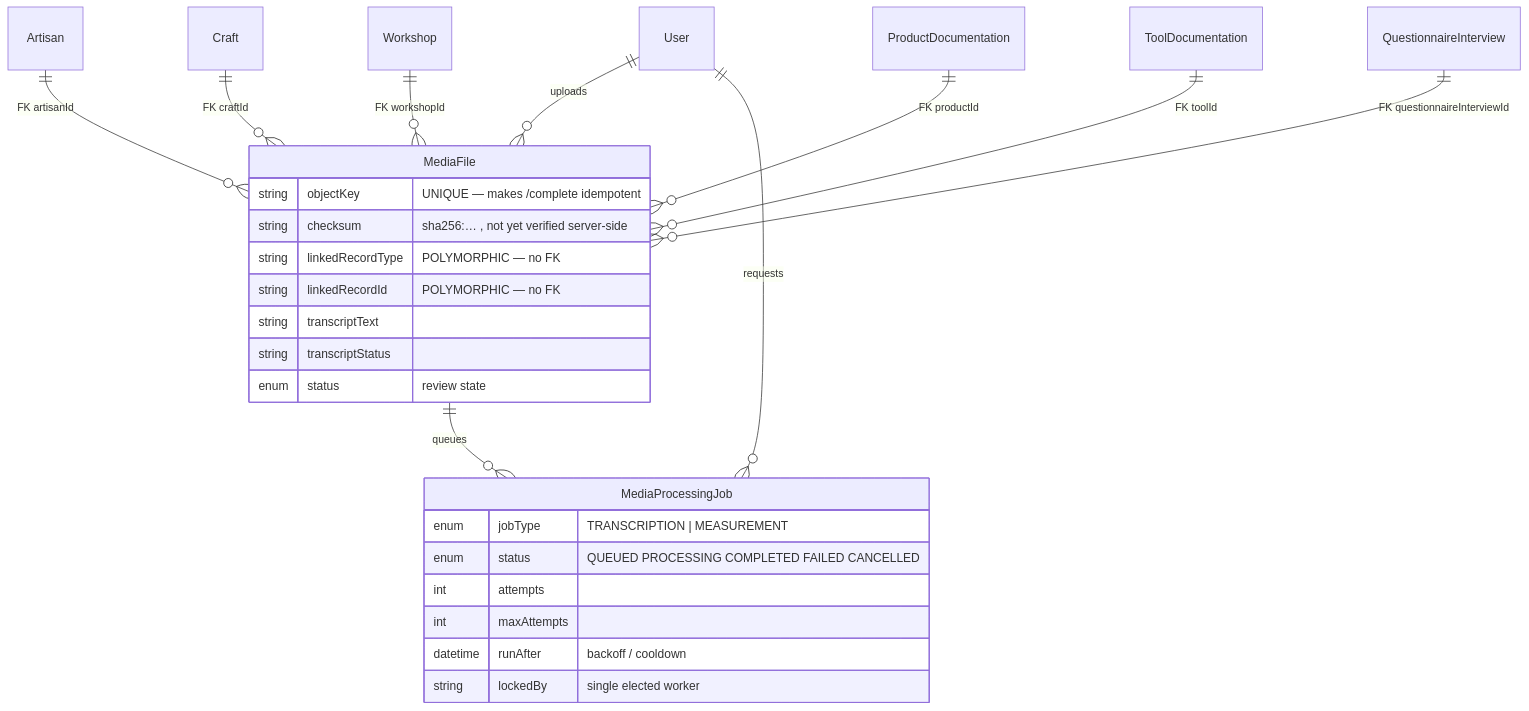
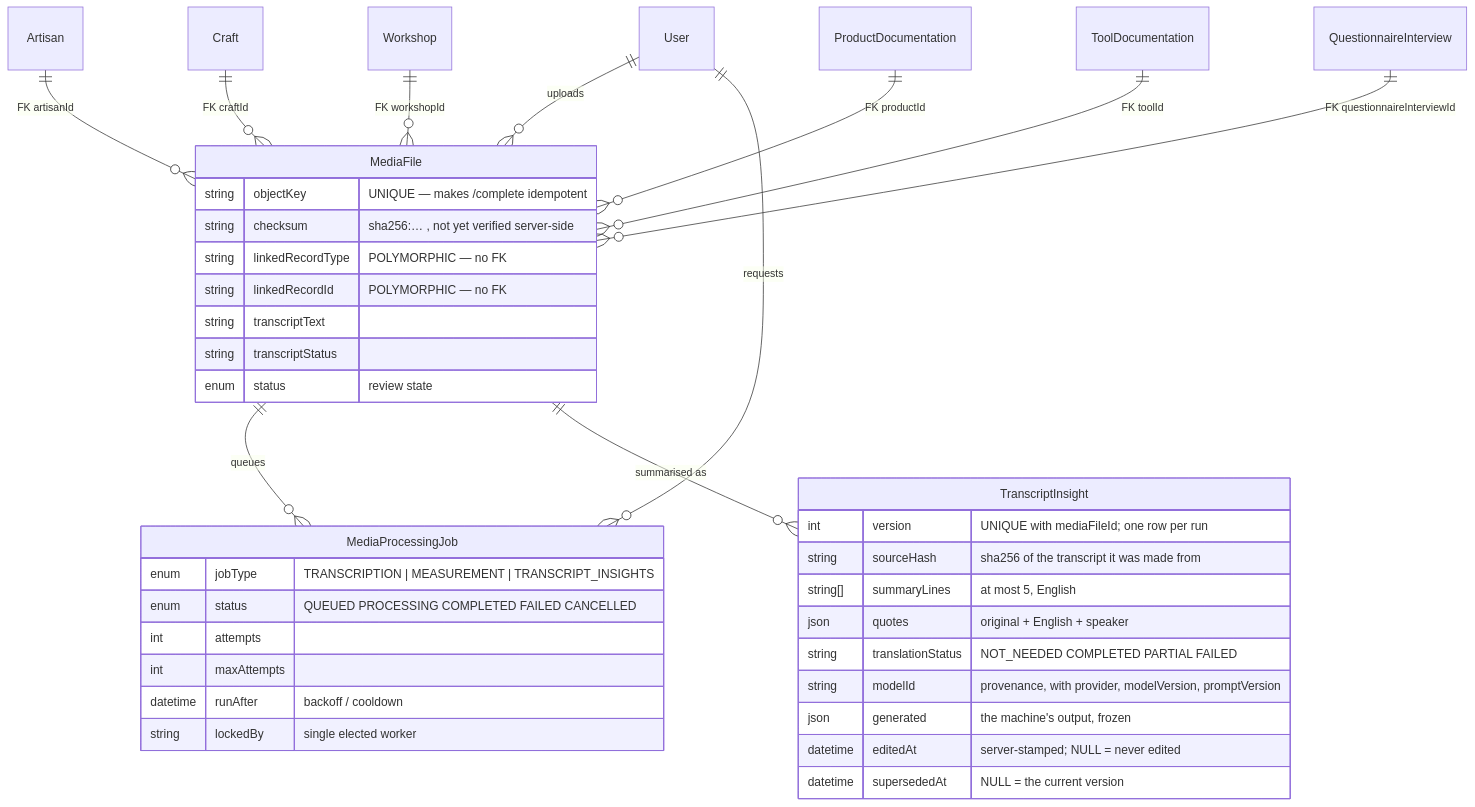
One commit to cxacraftecosystem-ui/designer-portal changed the third of 5 diagrams in docs/DATA_MODEL.md. Above: the diagram before and after it, drawn with Mermaid. The commit also changed other lines of this file and 37 other files, not shown here.

First line of the commit message:
Summarise each interview transcript, keep its key quotes and translate it to English

````diff
--- a/docs/DATA_MODEL.md
+++ b/docs/DATA_MODEL.md
@@ -277,31 +277,43 @@
 ```mermaid
 erDiagram
   MediaFile ||--o{ MediaProcessingJob : "queues"
+  MediaFile ||--o{ TranscriptInsight : "summarised as"
   User ||--o{ MediaFile : uploads
   User ||--o{ MediaProcessingJob : requests
 
   Artisan ||--o{ MediaFile : "FK artisanId"
   Craft ||--o{ MediaFile : "FK craftId"
   Workshop ||--o{ MediaFile : "FK workshopId"
   ProductDocumentation ||--o{ MediaFile : "FK productId"
   ToolDocumentation ||--o{ MediaFile : "FK toolId"
   QuestionnaireInterview ||--o{ MediaFile : "FK questionnaireInterviewId"
 
   MediaFile {
     string objectKey "UNIQUE — makes /complete idempotent"
     string checksum "sha256:… , not yet verified server-side"
     string linkedRecordType "POLYMORPHIC — no FK"
     string linkedRecordId "POLYMORPHIC — no FK"
     string transcriptText
     string transcriptStatus
     enum   status "review state"
   }
   MediaProcessingJob {
-    enum   jobType "TRANSCRIPTION | MEASUREMENT"
+    enum   jobType "TRANSCRIPTION | MEASUREMENT | TRANSCRIPT_INSIGHTS"
     enum   status "QUEUED PROCESSING COMPLETED FAILED CANCELLED"
     int    attempts
     int    maxAttempts
     datetime runAfter "backoff / cooldown"
     string lockedBy "single elected worker"
   }
+  TranscriptInsight {
+    int      version "UNIQUE with mediaFileId; one row per run"
+    string   sourceHash "sha256 of the transcript it was made from"
+    string[] summaryLines "at most 5, English"
+    json     quotes "original + English + speaker"
+    string   translationStatus "NOT_NEEDED COMPLETED PARTIAL FAILED"
+    string   modelId "provenance, with provider, modelVersion, promptVersion"
+    json     generated "the machine's output, frozen"
+    datetime editedAt "server-stamped; NULL = never edited"
+    datetime supersededAt "NULL = the current version"
+  }
 ```
````
